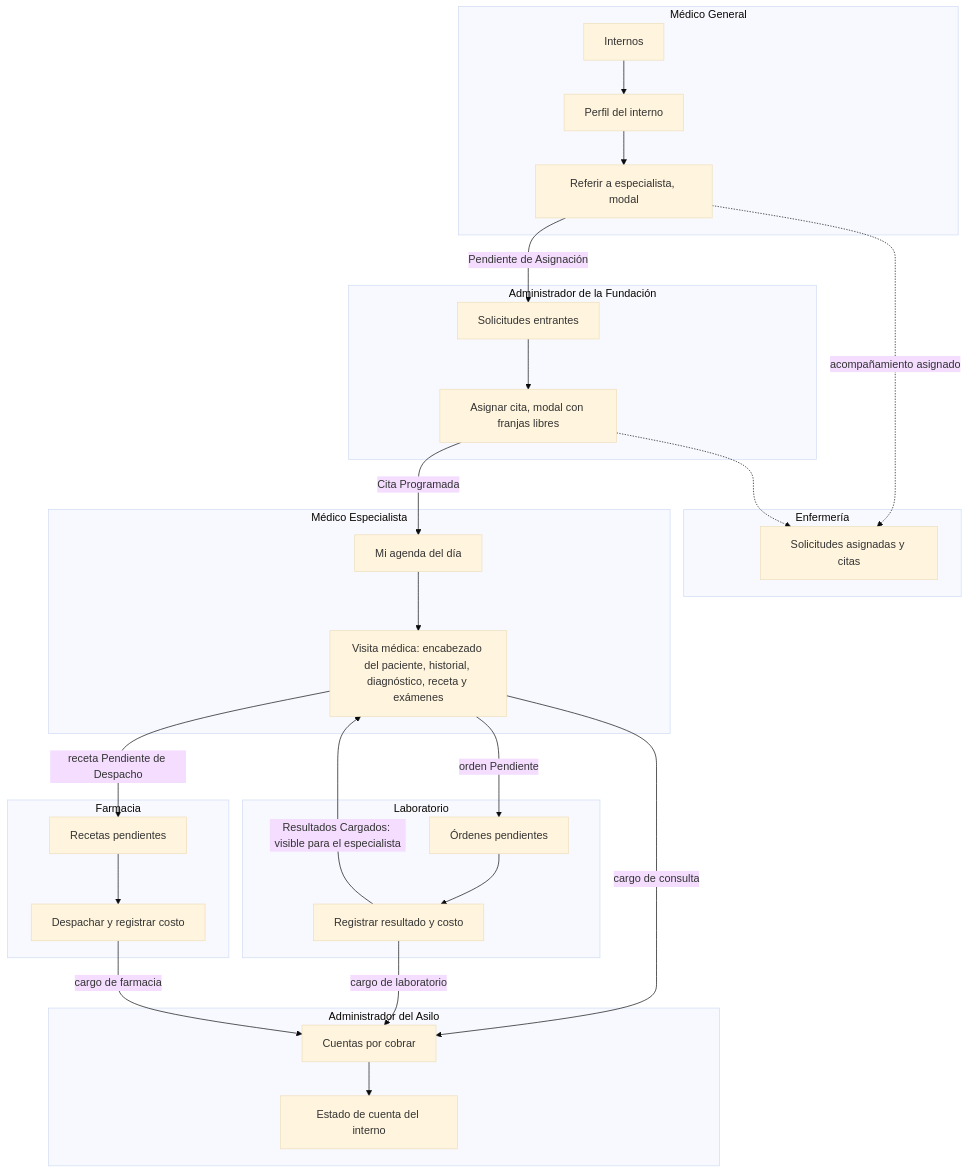
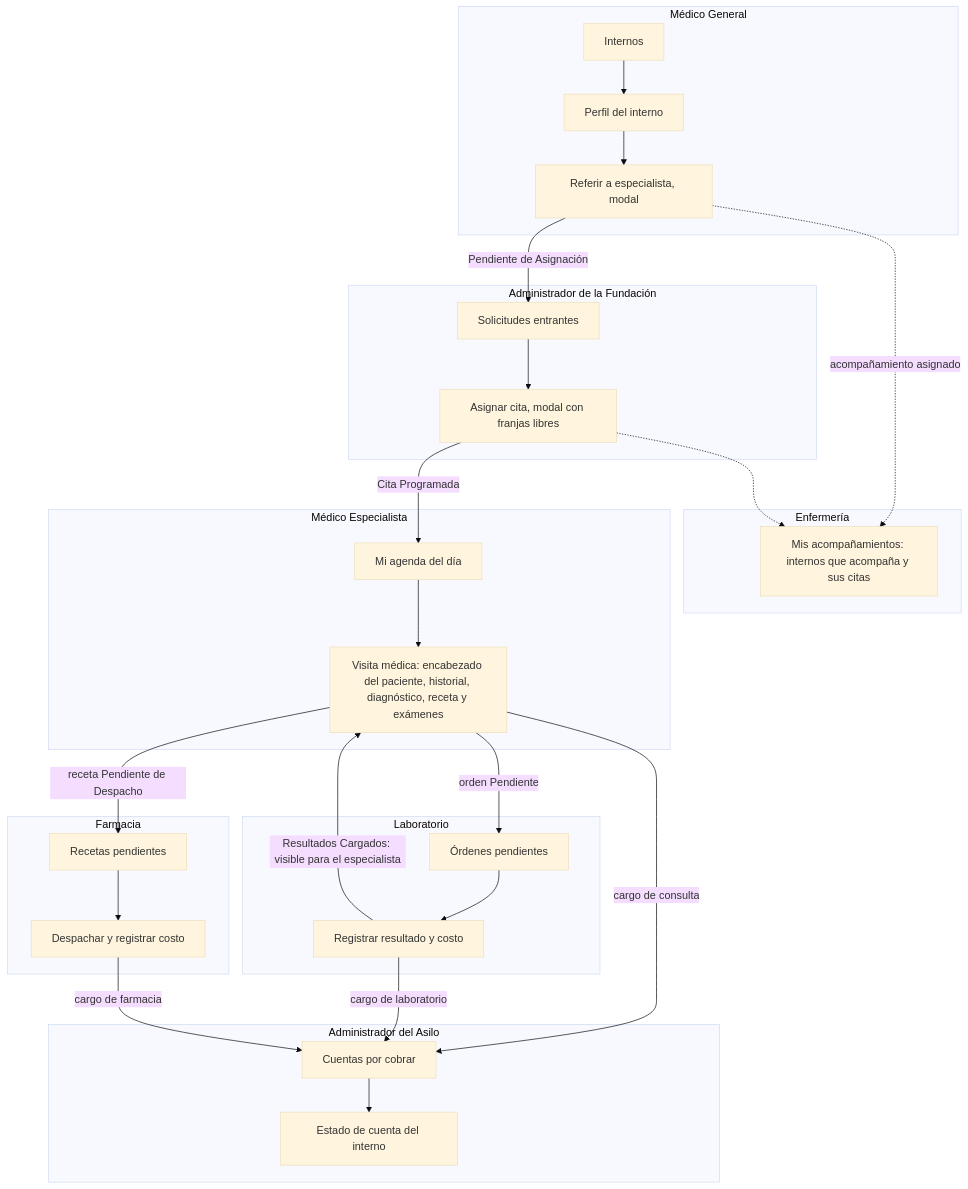
Before and after one commit to Hoakin26/Sistema-Gestion-Asilo: diagram 14 of 18 in docs/fase-diseno.md, drawn with Mermaid (base theme). The commit also changed other lines of this file and 1 other file, not shown here.

Commit message:
Quita del menú los módulos que nunca se construyeron y suma Mis acompañamientos (YS-187)

````diff
--- a/docs/fase-diseno.md
+++ b/docs/fase-diseno.md
@@ -1432,36 +1434,36 @@
 ```mermaid
 flowchart TB
     subgraph MG["Médico General"]
         A1["Internos"] --> A2["Perfil del interno"]
         A2 --> A3["Referir a especialista, modal"]
     end
     subgraph AF["Administrador de la Fundación"]
         B1["Solicitudes entrantes"] --> B2["Asignar cita, modal con franjas libres"]
     end
     subgraph EN["Enfermería"]
-        E1["Solicitudes asignadas y citas"]
+        E1["Mis acompañamientos: internos que acompaña y sus citas"]
     end
     subgraph ME["Médico Especialista"]
         C1["Mi agenda del día"] --> C2["Visita médica: encabezado del paciente, historial, diagnóstico, receta y exámenes"]
     end
     subgraph LB["Laboratorio"]
         D1["Órdenes pendientes"] --> D2["Registrar resultado y costo"]
     end
     subgraph FA["Farmacia"]
         F1["Recetas pendientes"] --> F2["Despachar y registrar costo"]
     end
     subgraph AA["Administrador del Asilo"]
         G1["Cuentas por cobrar"] --> G2["Estado de cuenta del interno"]
     end
 
     A3 -->|"Pendiente de Asignación"| B1
     A3 -.->|"acompañamiento asignado"| E1
     B2 -->|"Cita Programada"| C1
     B2 -.-> E1
     C2 -->|"orden Pendiente"| D1
     C2 -->|"receta Pendiente de Despacho"| F1
     D2 -->|"Resultados Cargados: visible para el especialista"| C2
     C2 -->|"cargo de consulta"| G1
     D2 -->|"cargo de laboratorio"| G1
     F2 -->|"cargo de farmacia"| G1
 ```
````
